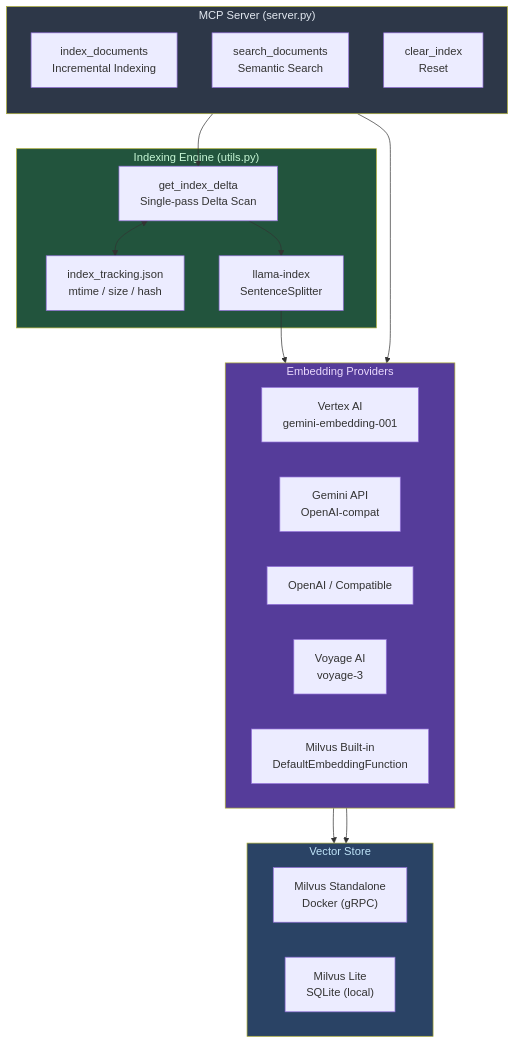
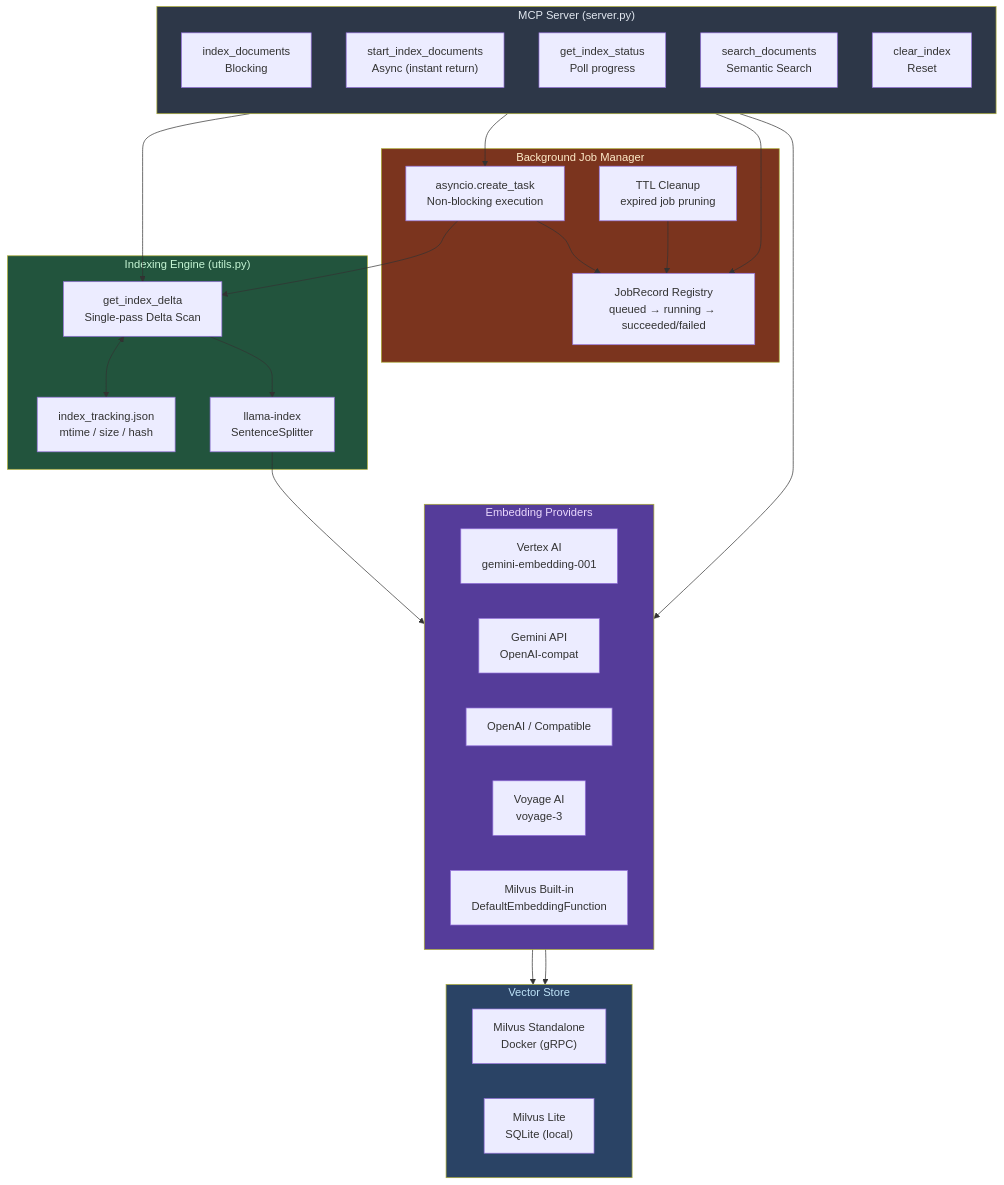
One commit to bitkyc08-arch/markdown-fastrag-mcp changed the second of 5 diagrams in README.md. Above: the diagram before and after it, drawn with Mermaid. The commit also changed other lines of this file and 1 other file, not shown here.

First line of the commit message:
feat: async background indexing (Phase 5)

````diff
--- a/README.md
+++ b/README.md
@@ -64,37 +66,50 @@
 ```mermaid
 graph TB
     subgraph MCP["MCP Server (server.py)"]
         direction TB
-        IDX["index_documents<br/>Incremental Indexing"]
+        IDX["index_documents<br/>Blocking"]
+        SIDX["start_index_documents<br/>Async (instant return)"]
+        GSTAT["get_index_status<br/>Poll progress"]
         SEARCH["search_documents<br/>Semantic Search"]
         CLEAR["clear_index<br/>Reset"]
+    end
+
+    subgraph Jobs["Background Job Manager"]
+        REGISTRY["JobRecord Registry<br/>queued → running → succeeded/failed"]
+        TASK["asyncio.create_task<br/>Non-blocking execution"]
+        TTL["TTL Cleanup<br/>expired job pruning"]
     end
 
     subgraph Indexing["Indexing Engine (utils.py)"]
         DELTA["get_index_delta<br/>Single-pass Delta Scan"]
         TRACK["index_tracking.json<br/>mtime / size / hash"]
         CHUNK["llama-index<br/>SentenceSplitter"]
     end
 
     subgraph Embed["Embedding Providers"]
         VERTEX["Vertex AI<br/>gemini-embedding-001"]
         GEMINI["Gemini API<br/>OpenAI-compat"]
         OAI["OpenAI / Compatible"]
         VOYAGE["Voyage AI<br/>voyage-3"]
         LOCAL["Milvus Built-in<br/>DefaultEmbeddingFunction"]
     end
 
     subgraph Store["Vector Store"]
         MILVUS["Milvus Standalone<br/>Docker (gRPC)"]
         LITE["Milvus Lite<br/>SQLite (local)"]
     end
 
     IDX --> DELTA --> CHUNK --> Embed --> Store
+    SIDX --> TASK --> REGISTRY
+    TASK --> DELTA
+    GSTAT --> REGISTRY
+    TTL --> REGISTRY
     SEARCH --> Embed --> Store
     DELTA <--> TRACK
 
     style MCP fill:#2d3748,color:#e2e8f0
+    style Jobs fill:#7b341e,color:#feebc8
     style Embed fill:#553c9a,color:#e9d8fd
     style Store fill:#2a4365,color:#bee3f8
     style Indexing fill:#22543d,color:#c6f6d5
 ```
````
